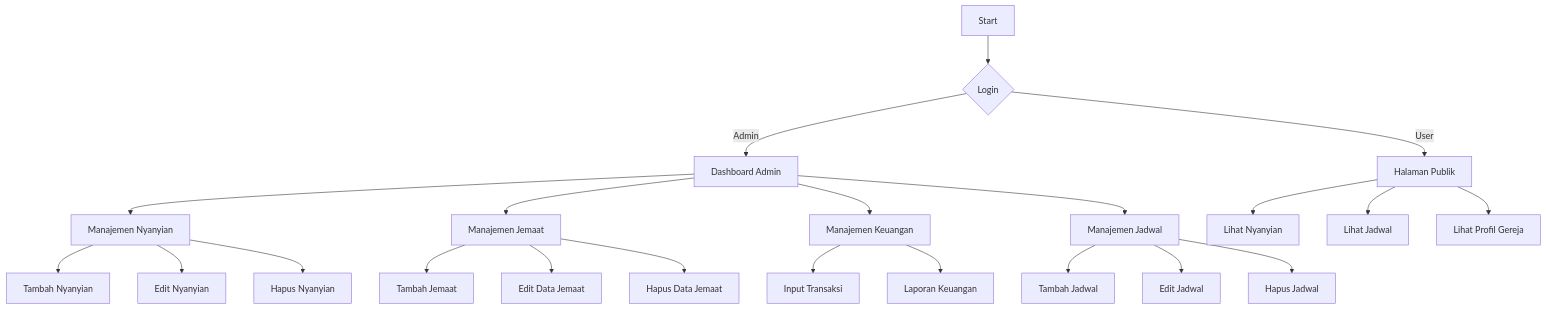
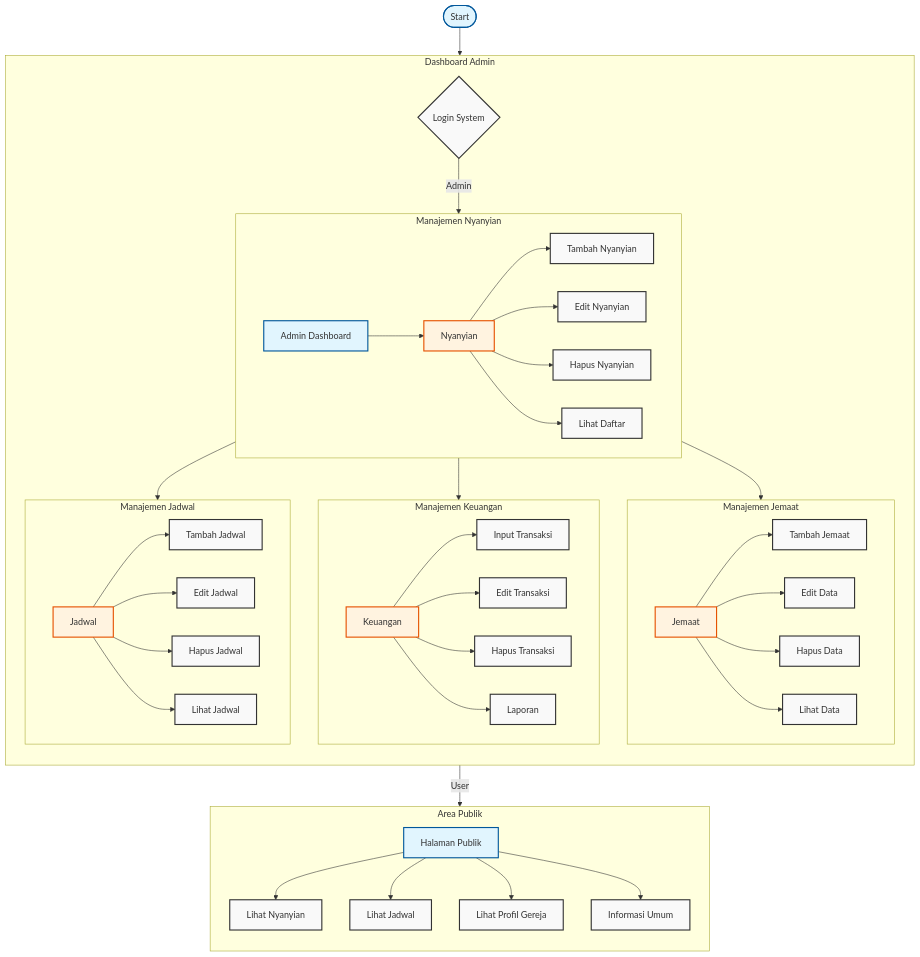
One commit to Kerenmisael07-hub/gppik-maranatha changed the diagram in README.md. Above: the diagram before and after it, drawn with Mermaid. The commit also changed other lines of this file, not shown here.

Commit message:
Perbarui flowchart proyek GPPIK Maranatha

````diff
--- a/README.md
+++ b/README.md
@@ -5,30 +5,66 @@
 ```mermaid
-flowchart TD
-    A[Start] --> B{Login}
-    B -->|Admin| C[Dashboard Admin]
-    B -->|User| D[Halaman Publik]
+graph TB
+    %% Styling
+    classDef default fill:#f9f9f9,stroke:#333,stroke-width:2px;
+    classDef highlight fill:#e1f5fe,stroke:#01579b,stroke-width:2px;
+    classDef process fill:#fff3e0,stroke:#e65100,stroke-width:2px;
     
-    C --> E[Manajemen Nyanyian]
-    C --> F[Manajemen Jemaat]
-    C --> G[Manajemen Keuangan]
-    C --> H[Manajemen Jadwal]
+    %% Main Flow
+    Start([Start]):::highlight --> Login{Login System}
     
-    E --> E1[Tambah Nyanyian]
-    E --> E2[Edit Nyanyian]
-    E --> E3[Hapus Nyanyian]
+    %% Admin Section
+    subgraph AdminPanel [Dashboard Admin]
+        direction TB
+        Login -->|Admin| Admin[Admin Dashboard]:::highlight
+        
+        %% Nyanyian Management
+        subgraph Nyanyian [Manajemen Nyanyian]
+            direction LR
+            Admin --> N[Nyanyian]:::process
+            N --> N1[Tambah Nyanyian]
+            N --> N2[Edit Nyanyian]
+            N --> N3[Hapus Nyanyian]
+            N --> N4[Lihat Daftar]
+        end
+        
+        %% Jemaat Management
+        subgraph Jemaat [Manajemen Jemaat]
+            direction LR
+            Admin --> J[Jemaat]:::process
+            J --> J1[Tambah Jemaat]
+            J --> J2[Edit Data]
+            J --> J3[Hapus Data]
+            J --> J4[Lihat Data]
+        end
+        
+        %% Keuangan Management
+        subgraph Keuangan [Manajemen Keuangan]
+            direction LR
+            Admin --> K[Keuangan]:::process
+            K --> K1[Input Transaksi]
+            K --> K2[Edit Transaksi]
+            K --> K3[Hapus Transaksi]
+            K --> K4[Laporan]
+        end
+        
+        %% Jadwal Management
+        subgraph Jadwal [Manajemen Jadwal]
+            direction LR
+            Admin --> S[Jadwal]:::process
+            S --> S1[Tambah Jadwal]
+            S --> S2[Edit Jadwal]
+            S --> S3[Hapus Jadwal]
+            S --> S4[Lihat Jadwal]
+        end
+    end
     
-    F --> F1[Tambah Jemaat]
-    F --> F2[Edit Data Jemaat]
-    F --> F3[Hapus Data Jemaat]
-    
-    G --> G1[Input Transaksi]
-    G --> G2[Laporan Keuangan]
-    
-    H --> H1[Tambah Jadwal]
-    H --> H2[Edit Jadwal]
-    H --> H3[Hapus Jadwal]
-    
-    D --> I[Lihat Nyanyian]
-    D --> J[Lihat Jadwal]
-    D --> K[Lihat Profil Gereja]
+    %% Public Section
+    subgraph PublicArea [Area Publik]
+        direction TB
+        Login -->|User| Public[Halaman Publik]:::highlight
+        Public --> P1[Lihat Nyanyian]
+        Public --> P2[Lihat Jadwal]
+        Public --> P3[Lihat Profil Gereja]
+        Public --> P4[Informasi Umum]
+    end
 ```
````
